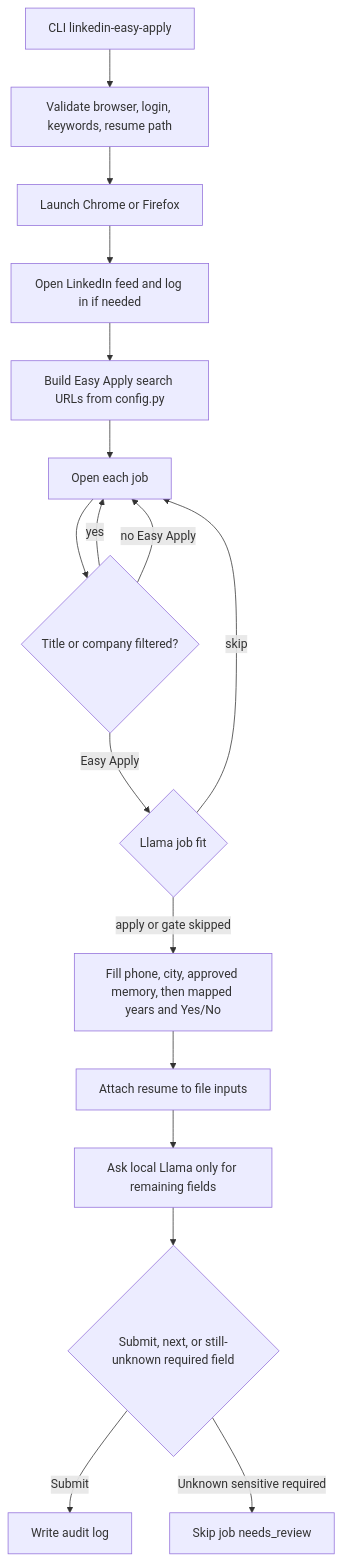
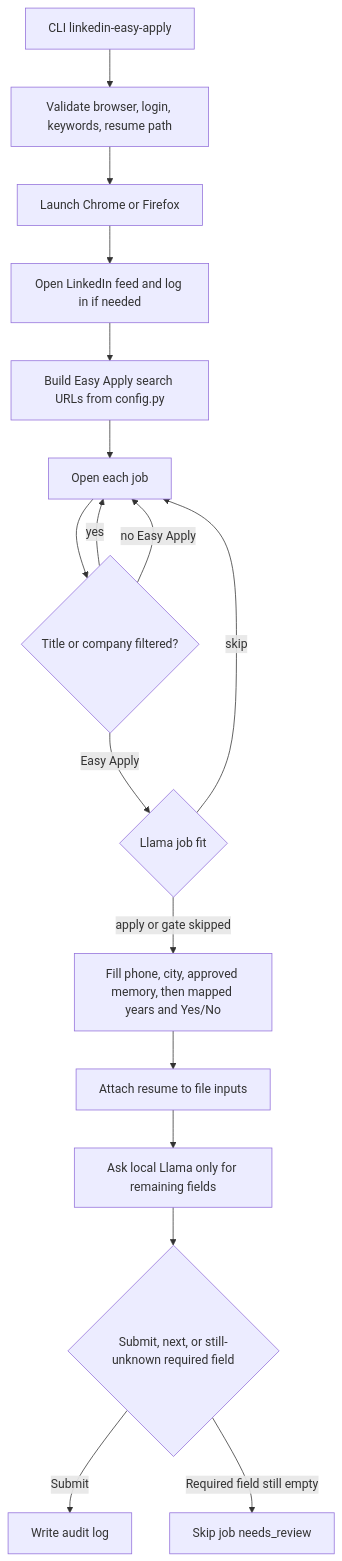
Before and after one commit to TapiwaChikwenya/linkedin-application-bot: the first of 2 diagrams in docs/configuration.md, drawn with Mermaid. The commit also changed other lines of this file and 47 other files, not shown here.

Commit message:
Stop Easy Apply when a required field stays empty and retry it after a grounded answer exists.

````diff
--- a/docs/configuration.md
+++ b/docs/configuration.md
@@ -55,19 +55,19 @@
 ```mermaid
 flowchart TD
   A[CLI linkedin-easy-apply] --> B[Validate browser, login, keywords, resume path]
   B --> C[Launch Chrome or Firefox]
   C --> D[Open LinkedIn feed and log in if needed]
   D --> E[Build Easy Apply search URLs from config.py]
   E --> F[Open each job]
   F --> G{Title or company filtered?}
   G -->|yes| F
   G -->|no Easy Apply| F
   G -->|Easy Apply| GF{Llama job fit}
   GF -->|skip| F
   GF -->|apply or gate skipped| H[Fill phone, city, approved memory, then mapped years and Yes/No]
   H --> I[Attach resume to file inputs]
   I --> J[Ask local Llama only for remaining fields]
   J --> K{Submit, next, or still-unknown required field}
   K -->|Submit| L[Write audit log]
-  K -->|Unknown sensitive required| M[Skip job needs_review]
+  K -->|Required field still empty| M[Skip job needs_review]
 ```
````
